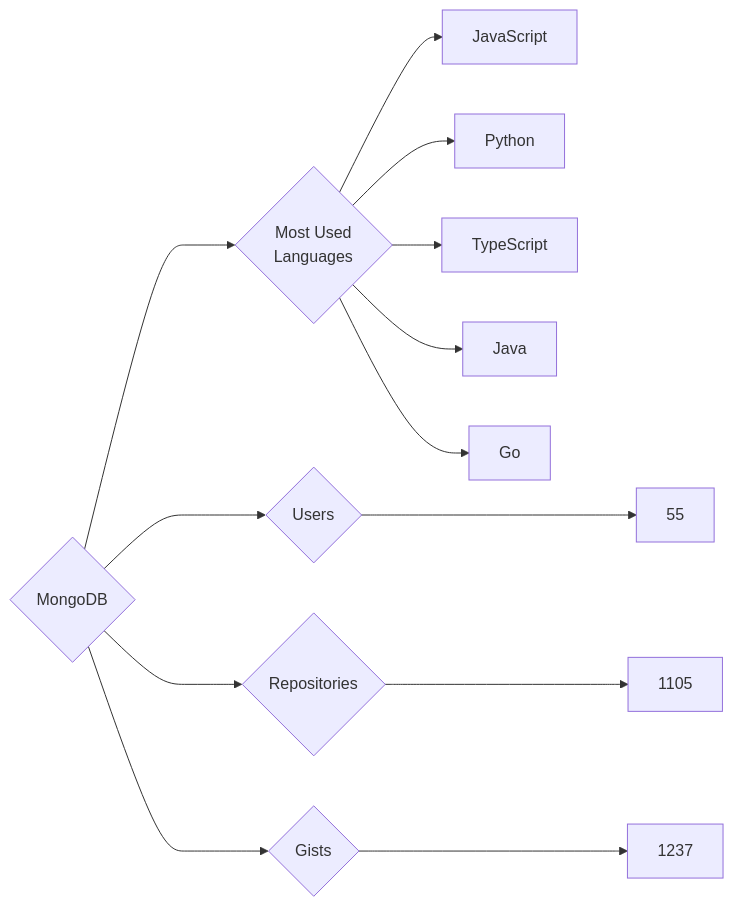
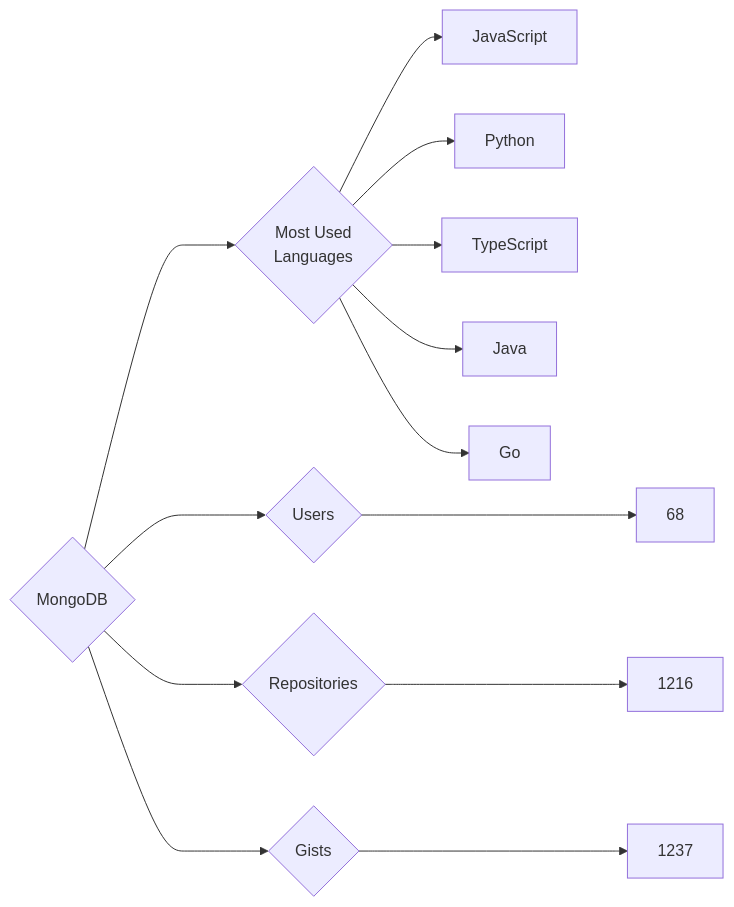
Before and after one commit to trickest/insiders: the diagram in targets/MongoDB/README.md, drawn with Mermaid. The commit also changed 770 other files, not shown here.

````diff
--- a/targets/MongoDB/README.md
+++ b/targets/MongoDB/README.md
@@ -3,13 +3,13 @@
 ```mermaid
 graph LR
 COMPANY_NAME{MongoDB}
-COMPANY_NAME ---> U{Users} ---> UN[55]
-COMPANY_NAME ---> R{Repositories} ---> RN[1105]
+COMPANY_NAME ---> U{Users} ---> UN[68]
+COMPANY_NAME ---> R{Repositories} ---> RN[1216]
 COMPANY_NAME ---> G{Gists} ---> GN[1237]
 COMPANY_NAME ---> ML{Most Used<br>Languages}
 ML --> JavaScript[JavaScript]
 ML --> Python[Python]
 ML --> TypeScript[TypeScript]
 ML --> Java[Java]
 ML --> Go[Go]
 ```
````
